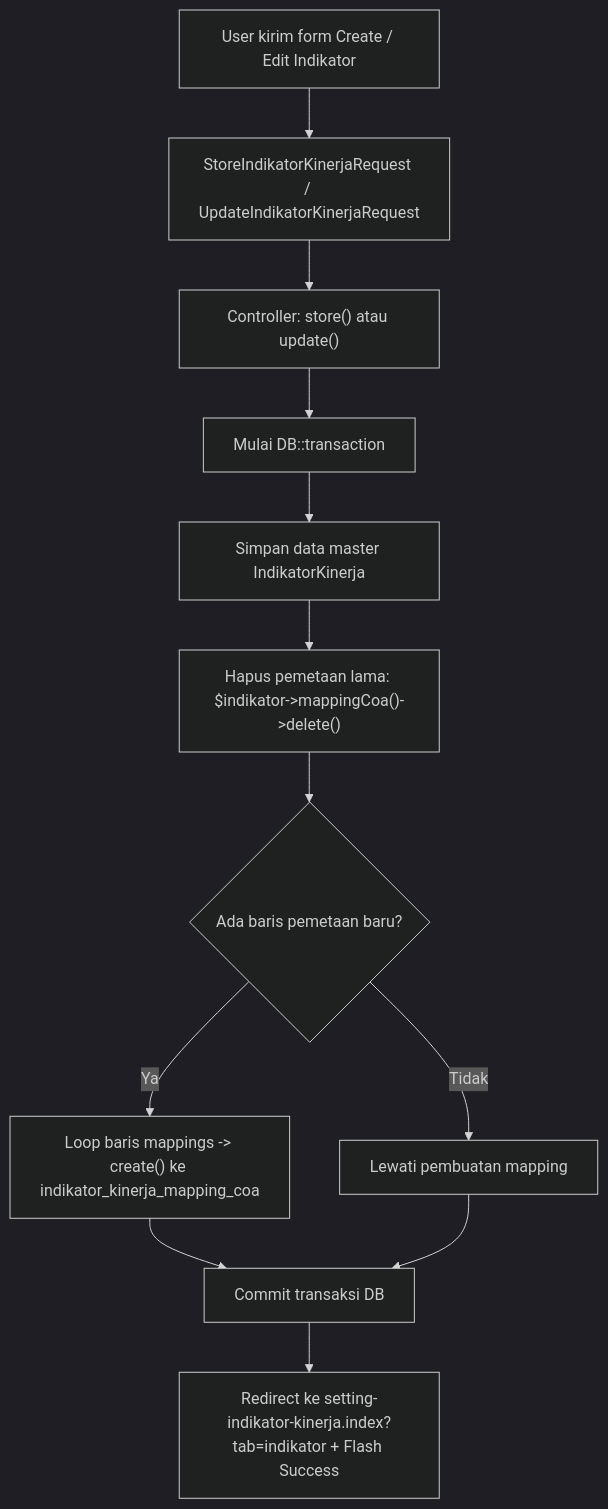
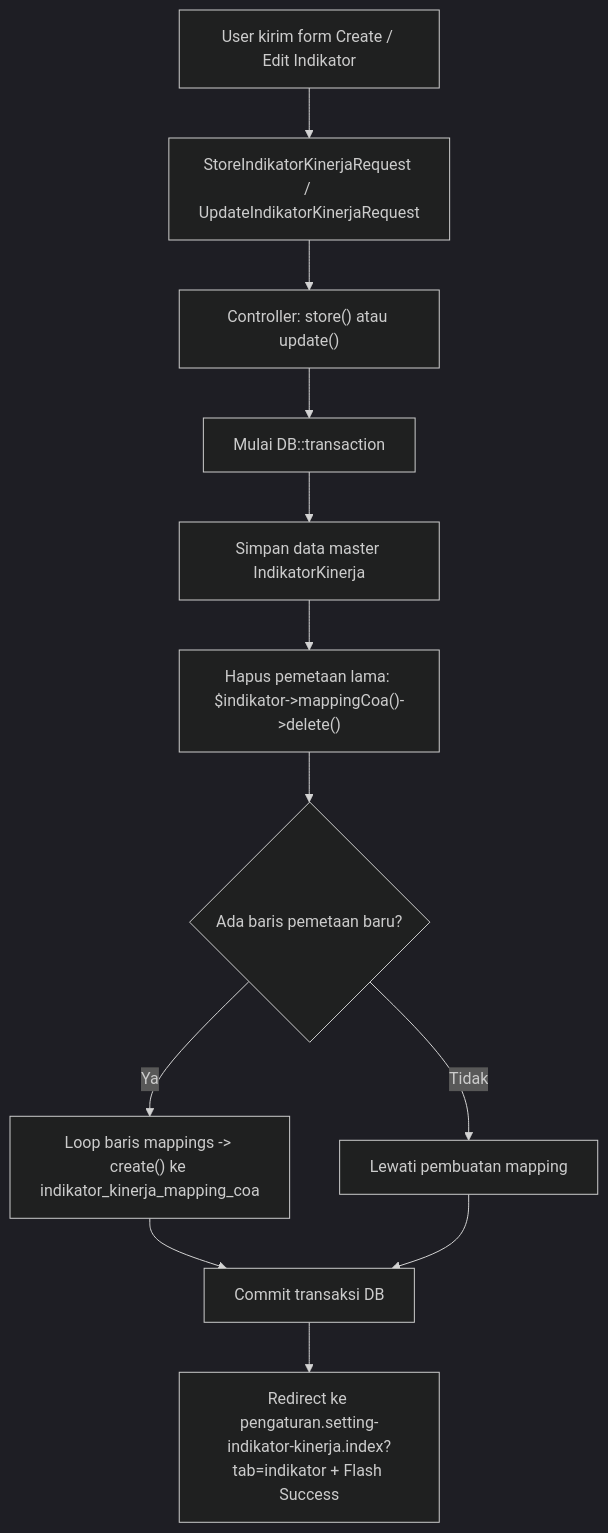
The first of 2 diagrams in dokumentasi/pengaturan-setting-indikator-kinerja.md (AltamaSidoarjo/laravel-siakurat-pt-smt), drawn with Mermaid (dark theme) before and after one commit. The commit also changed other lines of this file and 9 other files, not shown here.

Commit message:
refactor(kpi): move setting indikator kinerja routes into pengaturan prefix

````diff
--- a/dokumentasi/pengaturan-setting-indikator-kinerja.md
+++ b/dokumentasi/pengaturan-setting-indikator-kinerja.md
@@ -90,14 +90,14 @@
 ```mermaid
 flowchart TD
     A["User kirim form Create / Edit Indikator"] --> B["StoreIndikatorKinerjaRequest / UpdateIndikatorKinerjaRequest"]
     B --> C["Controller: store() atau update()"]
     C --> D["Mulai DB::transaction"]
     D --> E["Simpan data master IndikatorKinerja"]
     E --> F["Hapus pemetaan lama: $indikator->mappingCoa()->delete()"]
     F --> G{"Ada baris pemetaan baru?"}
     G -- Ya --> H["Loop baris mappings -> create() ke indikator_kinerja_mapping_coa"]
     G -- Tidak --> I["Lewati pembuatan mapping"]
     H --> J["Commit transaksi DB"]
     I --> J
-    J --> K["Redirect ke setting-indikator-kinerja.index?tab=indikator + Flash Success"]
+    J --> K["Redirect ke pengaturan.setting-indikator-kinerja.index?tab=indikator + Flash Success"]
 ```
````
